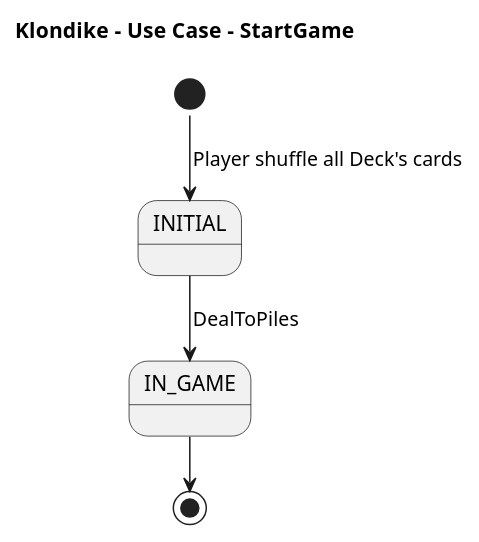
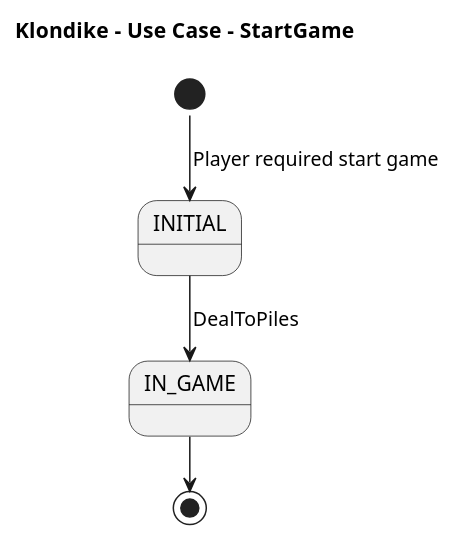
Before and after one commit to AngelOS95P/Maestria_IngSoftware_grupo6: the diagram in 2 Modelo de vistas de caso de uso/Diagrama de caso de uso - Shuffle.plantuml, drawn with PlantUML. The commit also changed 10 other files, not shown here.

```diff
--- a/2 Modelo de vistas de caso de uso/Diagrama de caso de uso - Shuffle.plantuml
+++ b/2 Modelo de vistas de caso de uso/Diagrama de caso de uso - Shuffle.plantuml
@@ -1,10 +1,10 @@
 @startuml UseCaseStartGame
 !pragma layout smetana
 
 title Klondike  - Use Case - StartGame
 state INITIAL
 state IN_GAME
-[*] --> INITIAL:  Player shuffle all Deck's cards
+[*] --> INITIAL:  Player required start game
 INITIAL --> IN_GAME: DealToPiles
 IN_GAME --> [*]
 @enduml
```
